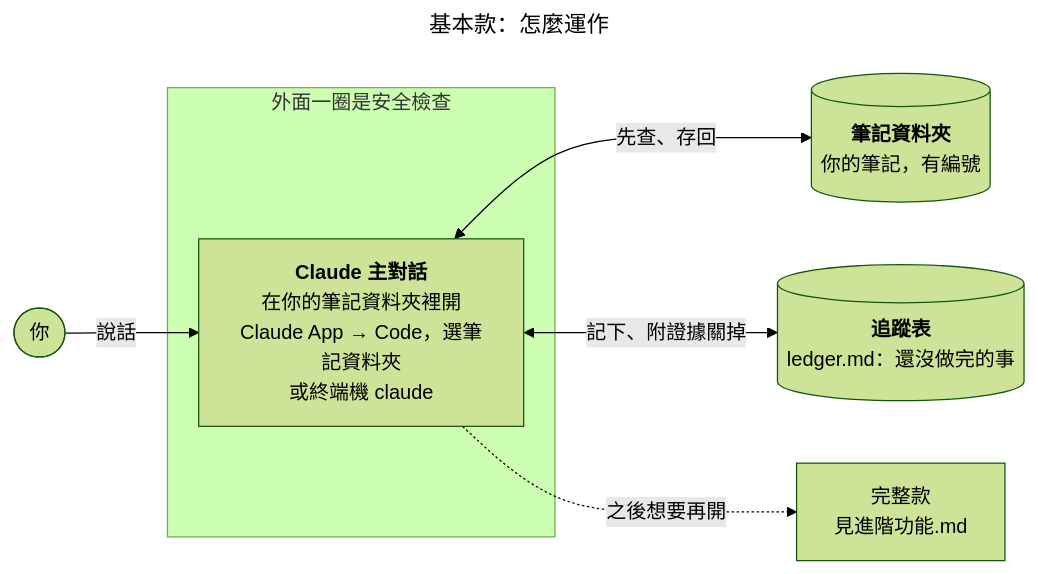
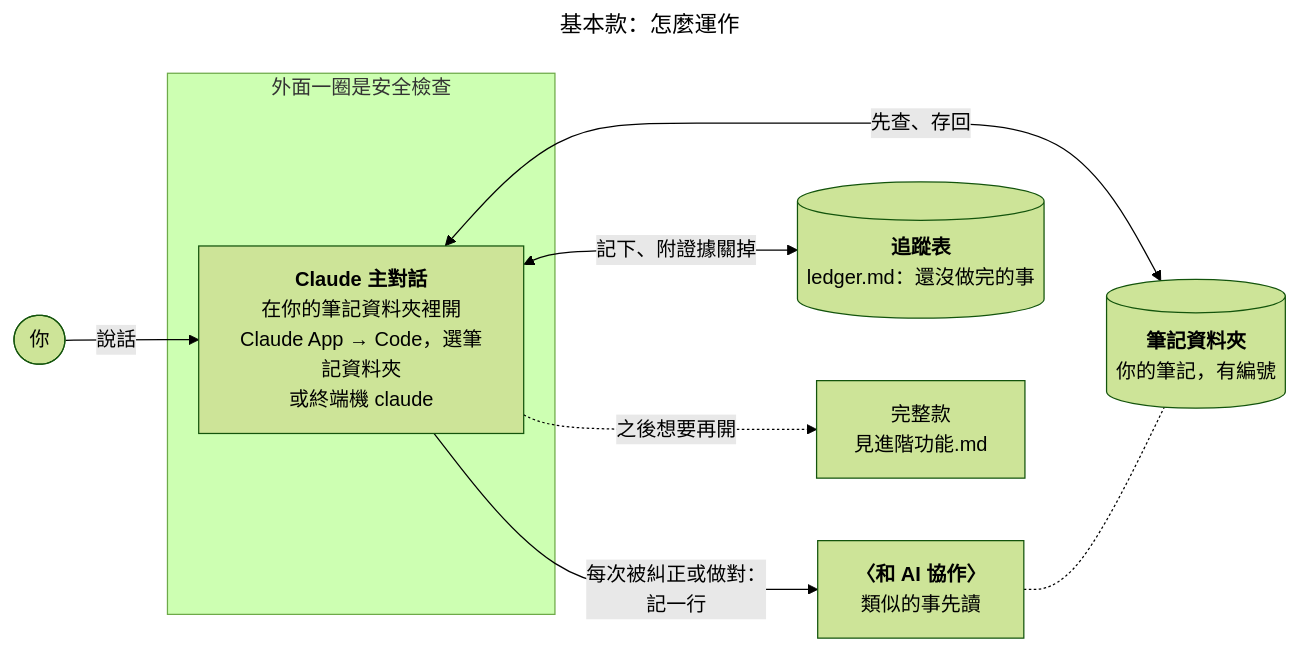
The diagram in README.zh-TW.md (0Smallcat0/second-brain-kit), drawn with Mermaid (forest theme) before and after one commit. The commit also changed other lines of this file and 61 other files, not shown here.

````diff
--- a/README.zh-TW.md
+++ b/README.zh-TW.md
@@ -67,13 +78,15 @@
 ```mermaid
 ---
 title: "基本款：怎麼運作"
 ---
 flowchart LR
   You(["你"]) -->|說話| Main
   subgraph Checks["外面一圈是安全檢查"]
     Main["<b>Claude 主對話</b><br/>在你的筆記資料夾裡開<br/>Claude App → Code，選筆記資料夾<br/>或終端機 claude"]
   end
   Main <-->|先查、存回| Notes[("<b>筆記資料夾</b><br/>你的筆記，有編號")]
+  Main -->|"每次被糾正或做對：<br/>記一行"| Learn["<b>〈和 AI 協作〉</b><br/>類似的事先讀"]
+  Learn -.- Notes
   Main <-->|記下、附證據關掉| Work[("<b>追蹤表</b><br/>ledger.md：還沒做完的事")]
   Main -.->|之後想要再開| Adv["完整款<br/>見進階功能.md"]
 ```
````
